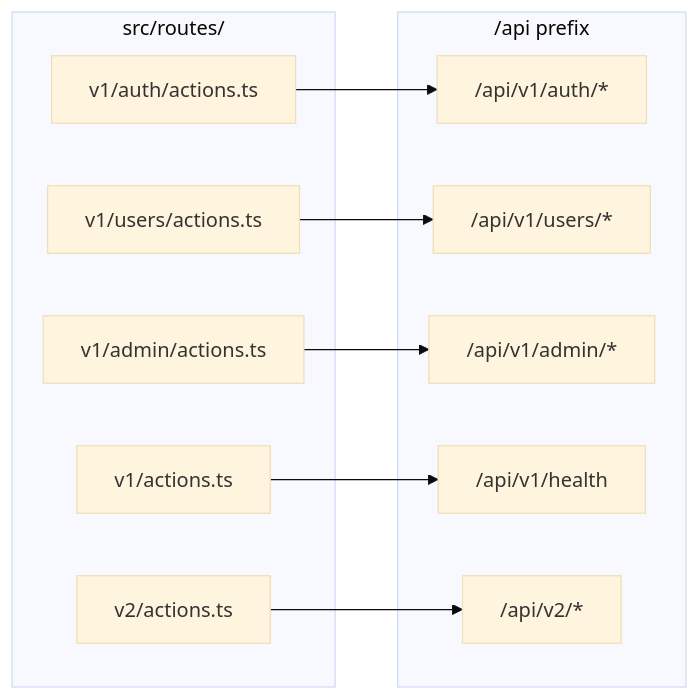
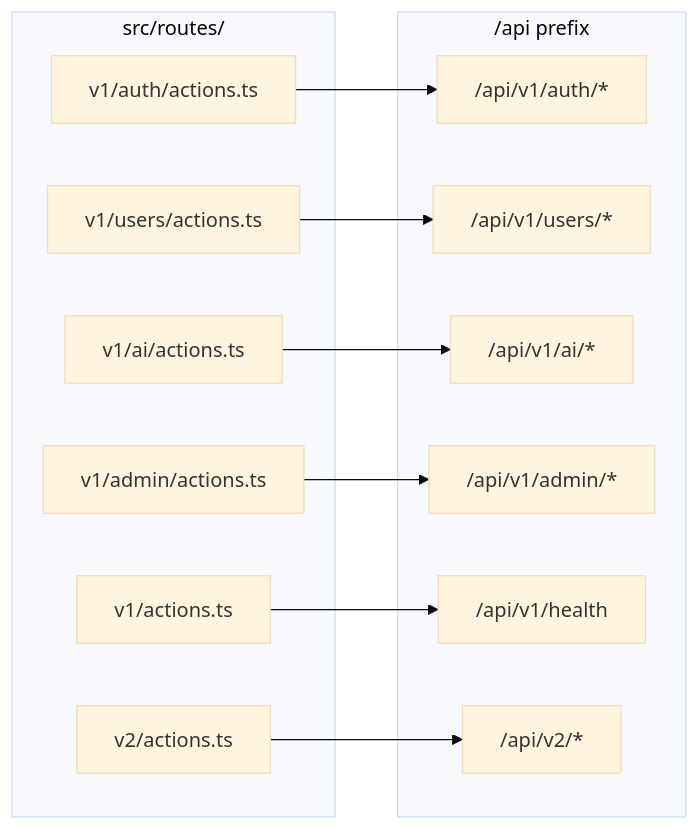
The second of 2 diagrams in doc/features/api-architecture.md (Khalil-Bchir/full-stack-saas-boilerplate), drawn with Mermaid (base theme) before and after one commit. The commit also changed other lines of this file and 91 other files, not shown here.

````diff
--- a/doc/features/api-architecture.md
+++ b/doc/features/api-architecture.md
@@ -65,24 +71,27 @@
 ```mermaid
 flowchart LR
     subgraph Files["src/routes/"]
         Auth[v1/auth/actions.ts]
         Users[v1/users/actions.ts]
+        AI[v1/ai/actions.ts]
         Admin[v1/admin/actions.ts]
         Health[v1/actions.ts]
         V2[v2/actions.ts]
     end
 
     subgraph URLs["/api prefix"]
         U1["/api/v1/auth/*"]
         U2["/api/v1/users/*"]
+        U6["/api/v1/ai/*"]
         U3["/api/v1/admin/*"]
         U4["/api/v1/health"]
         U5["/api/v2/*"]
     end
 
     Auth --> U1
     Users --> U2
+    AI --> U6
     Admin --> U3
     Health --> U4
     V2 --> U5
 ```
````
